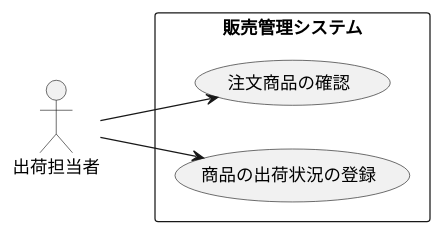
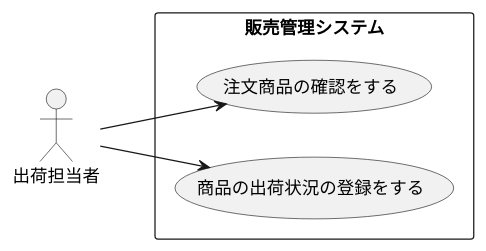
The diagram in 演習2-5_盛岡商事_販売管理システム.pu (yoshidasen/uml-introduction), drawn with PlantUML before and after one commit.

Commit message:
演習2-5　ユースケースの変更

```diff
--- a/演習2-5_盛岡商事_販売管理システム.pu
+++ b/演習2-5_盛岡商事_販売管理システム.pu
@@ -1,13 +1,13 @@
 @startuml 販売管理システム
     left to right direction
     actor 出荷担当者 as A1
 
     rectangle 販売管理システム {
-        usecase 注文商品の確認 as U1
-        usecase 商品の出荷状況の登録 as U2
+        usecase 注文商品の確認をする as U1
+        usecase 商品の出荷状況の登録をする as U2
     }
 
     A1 --> U1
     A1 --> U2
 
 @enduml
```
